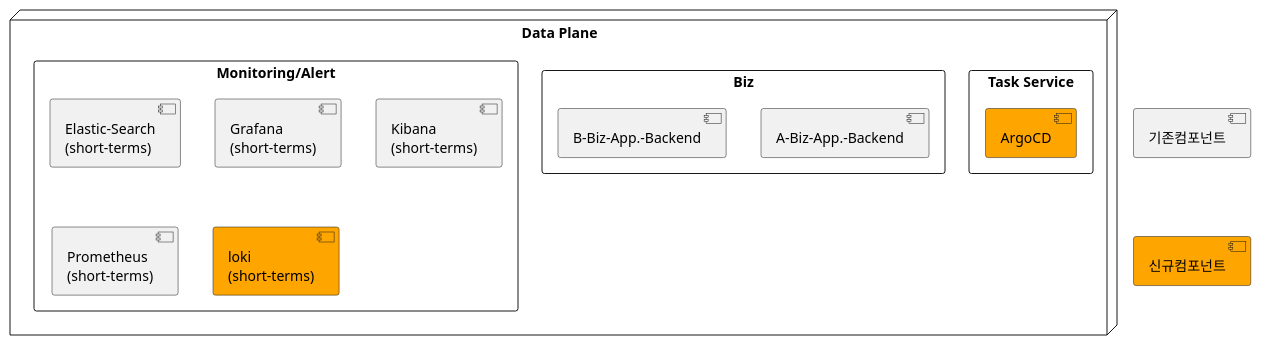
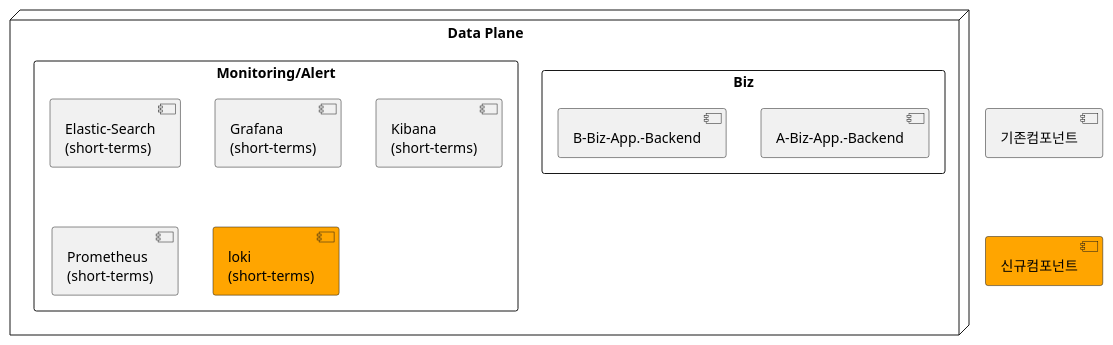
One commit to kloudbank/htdp1.github.io changed the third of 12 diagrams in docs/src/multi-cloud/diagram.md. Above: the diagram before and after it, drawn with PlantUML. The commit also changed other lines of this file, not shown here.

Commit message:
modify diagram 1228

```diff
--- a/docs/src/multi-cloud/diagram.md
+++ b/docs/src/multi-cloud/diagram.md
@@ -93,24 +93,21 @@
 @startuml
 
 [기존컴포넌트] as old
 [신규컴포넌트] as new #orange
 old -[hidden]d-> new
 
 node "Data Plane" as bdp {
-    rectangle "Task Service" as bdp_task {
-        [ArgoCD] as bdp_argocd #orange
-    }
     rectangle "Biz" as bdp_biz {
         [A-Biz-App.-Backend] as bdp_biza
         [B-Biz-App.-Backend] as bdp_bizb
     }
     rectangle "Monitoring/Alert" as bdp_mon {
         [Elastic-Search\n(short-terms)] as bdp_mon_elk
         [Grafana\n(short-terms)] as bdp_mon_grafana
         [Kibana\n(short-terms)] as bdp_mon_kibana
         [Prometheus\n(short-terms)] as bdp_mon_prometheus
         [loki\n(short-terms)] as dbp_mon_loki #orange
     }
 }
 
 @enduml
```
